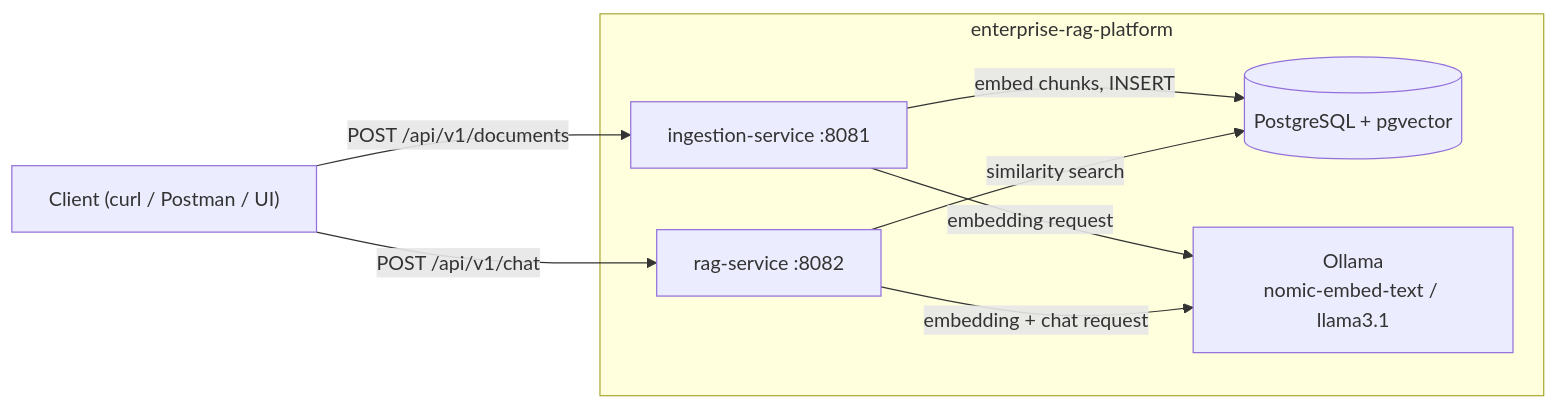
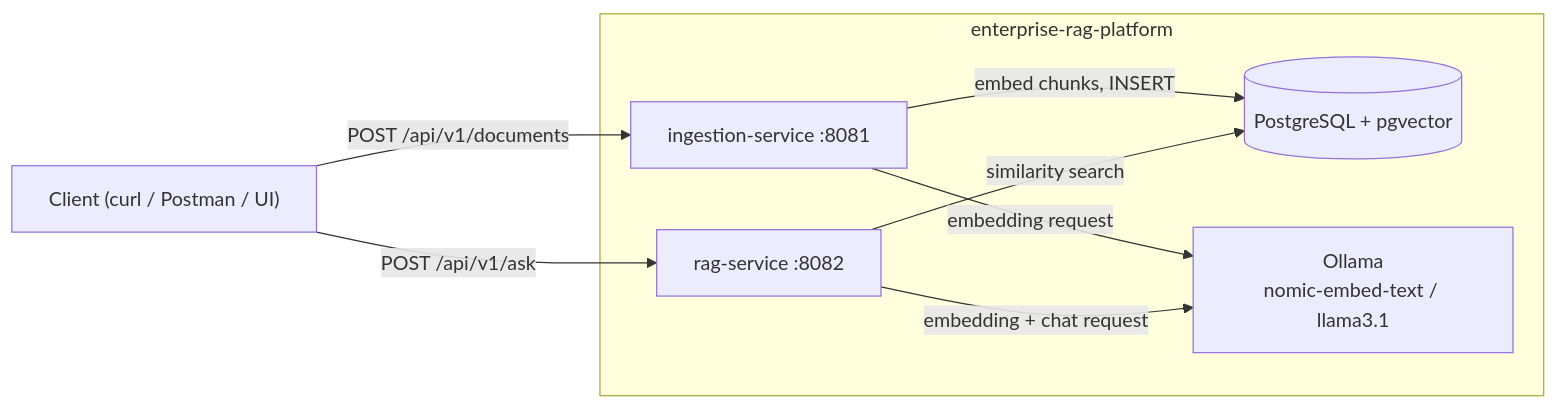
The first of 3 diagrams in docs/architecture.md (eniglio-ctrl/enterprise-rag-platform), drawn with Mermaid before and after one commit. The commit also changed other lines of this file and 18 other files, not shown here.

First line of the commit message:
Add unified ask endpoint, Mermaid diagram generation, and routing fixes

````diff
--- a/docs/architecture.md
+++ b/docs/architecture.md
@@ -5,18 +5,18 @@
 ```mermaid
 flowchart LR
     U["Client (curl / Postman / UI)"]
 
     subgraph Platform["enterprise-rag-platform"]
         ING["ingestion-service :8081"]
         RAG["rag-service :8082"]
         PG[("PostgreSQL + pgvector")]
         OLL["Ollama\nnomic-embed-text / llama3.1"]
     end
 
     U -- "POST /api/v1/documents" --> ING
-    U -- "POST /api/v1/chat" --> RAG
+    U -- "POST /api/v1/ask" --> RAG
     ING -- "embed chunks, INSERT" --> PG
     ING -- "embedding request" --> OLL
     RAG -- "similarity search" --> PG
     RAG -- "embedding + chat request" --> OLL
 ```
````
